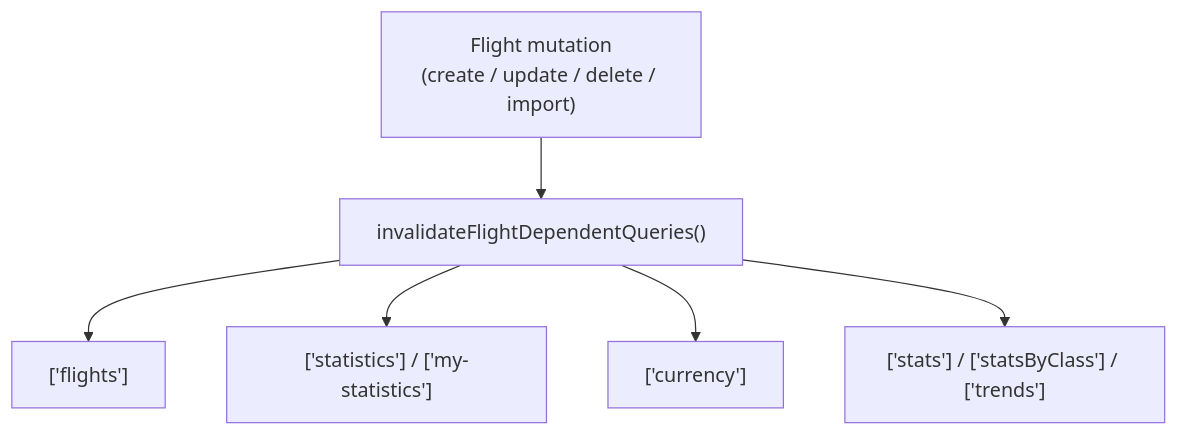
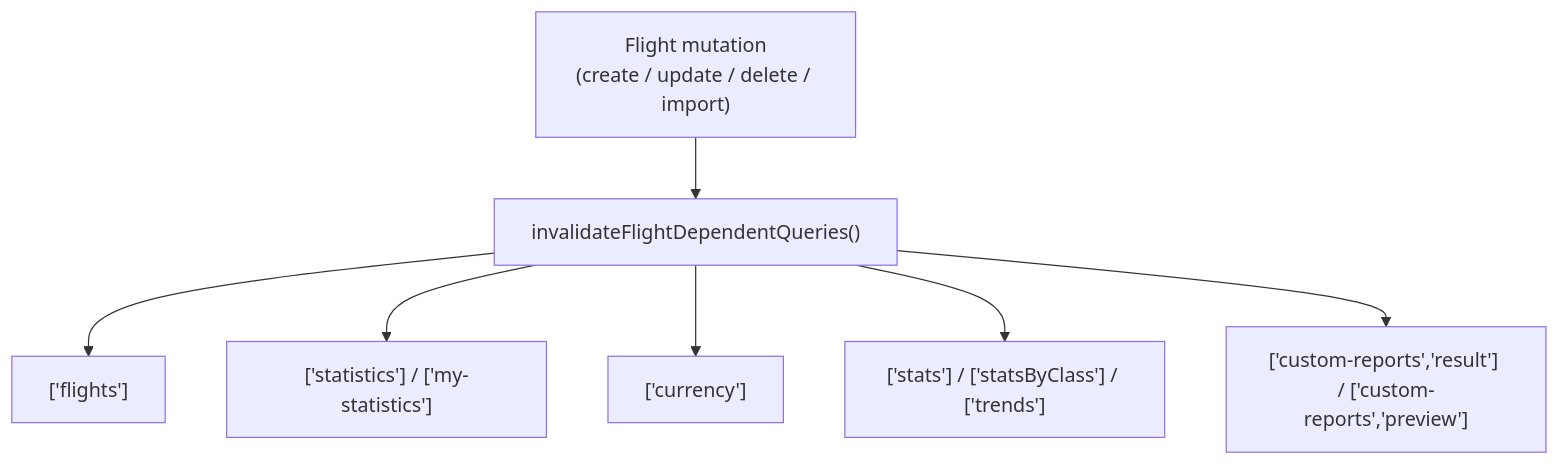
Before and after one commit to fjaeckel/ninerlog-frontend: the sixth of 15 diagrams in docs/DEVELOPER_GUIDE.md, drawn with Mermaid. The commit also changed other lines of this file and 31 other files, not shown here.

First line of the commit message:
feat(reports): custom reports saved from flight search

````diff
--- a/docs/DEVELOPER_GUIDE.md
+++ b/docs/DEVELOPER_GUIDE.md
@@ -319,9 +319,10 @@
 ```mermaid
 graph TB
     M["Flight mutation<br/>(create / update / delete / import)"]
     M --> Inv["invalidateFlightDependentQueries()"]
     Inv --> F["['flights']"]
     Inv --> S["['statistics'] / ['my-statistics']"]
     Inv --> C["['currency']"]
     Inv --> T["['stats'] / ['statsByClass'] / ['trends']"]
+    Inv --> R["['custom-reports','result'] / ['custom-reports','preview']"]
 ```
````
